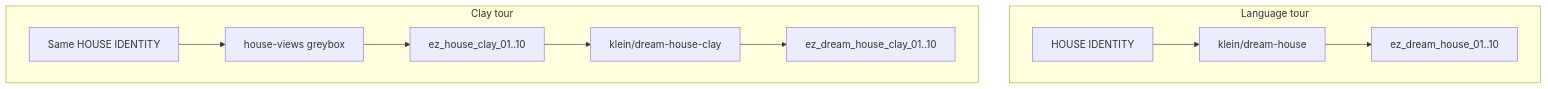
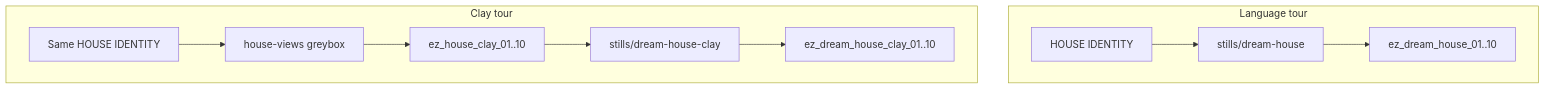
One commit to toxicoder/ez-comfy-stack changed the diagram in docs/learn/dream-house.md. Above: the diagram before and after it, drawn with Mermaid. The commit also changed other lines of this file and 1169 other files, not shown here.

````diff
--- a/docs/learn/dream-house.md
+++ b/docs/learn/dream-house.md
@@ -29,13 +29,13 @@
 ```mermaid
 flowchart TB
   subgraph Language["Language tour"]
-    A["HOUSE IDENTITY"] --> B["klein/dream-house"]
+    A["HOUSE IDENTITY"] --> B["stills/dream-house"]
     B --> C["ez_dream_house_01..10"]
   end
   subgraph Clay["Clay tour"]
     D["Same HOUSE IDENTITY"] --> E["house-views greybox"]
     E --> F["ez_house_clay_01..10"]
-    F --> G["klein/dream-house-clay"]
+    F --> G["stills/dream-house-clay"]
     G --> H["ez_dream_house_clay_01..10"]
   end
 ```
````
